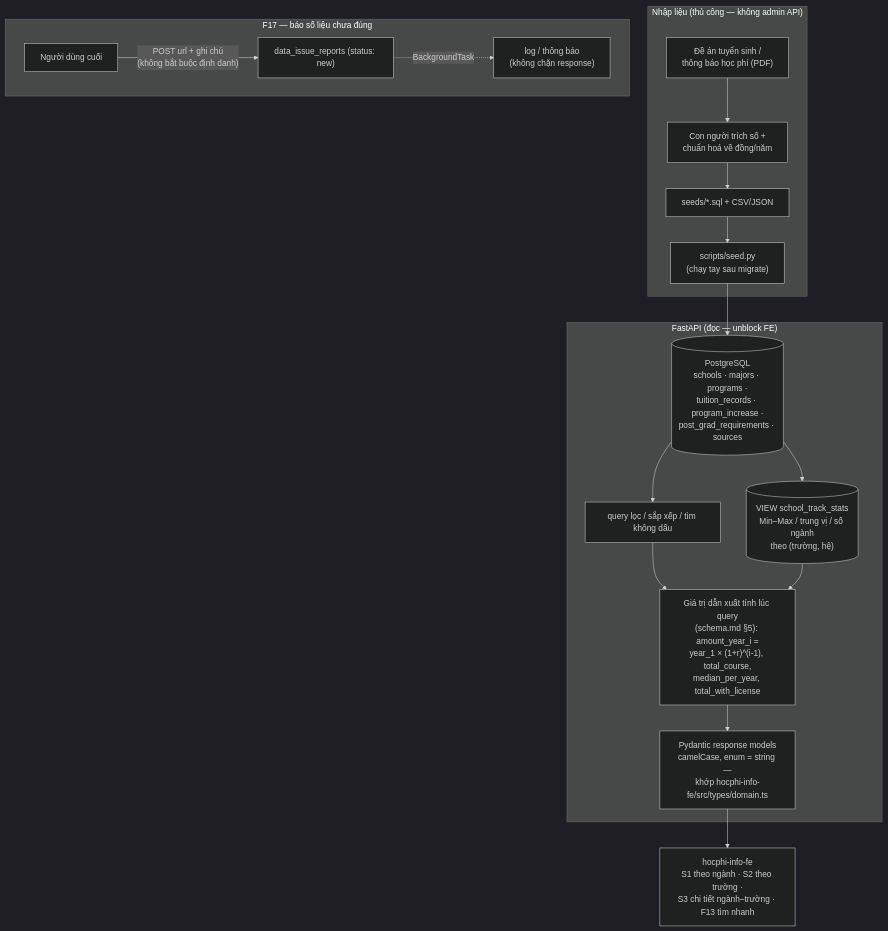
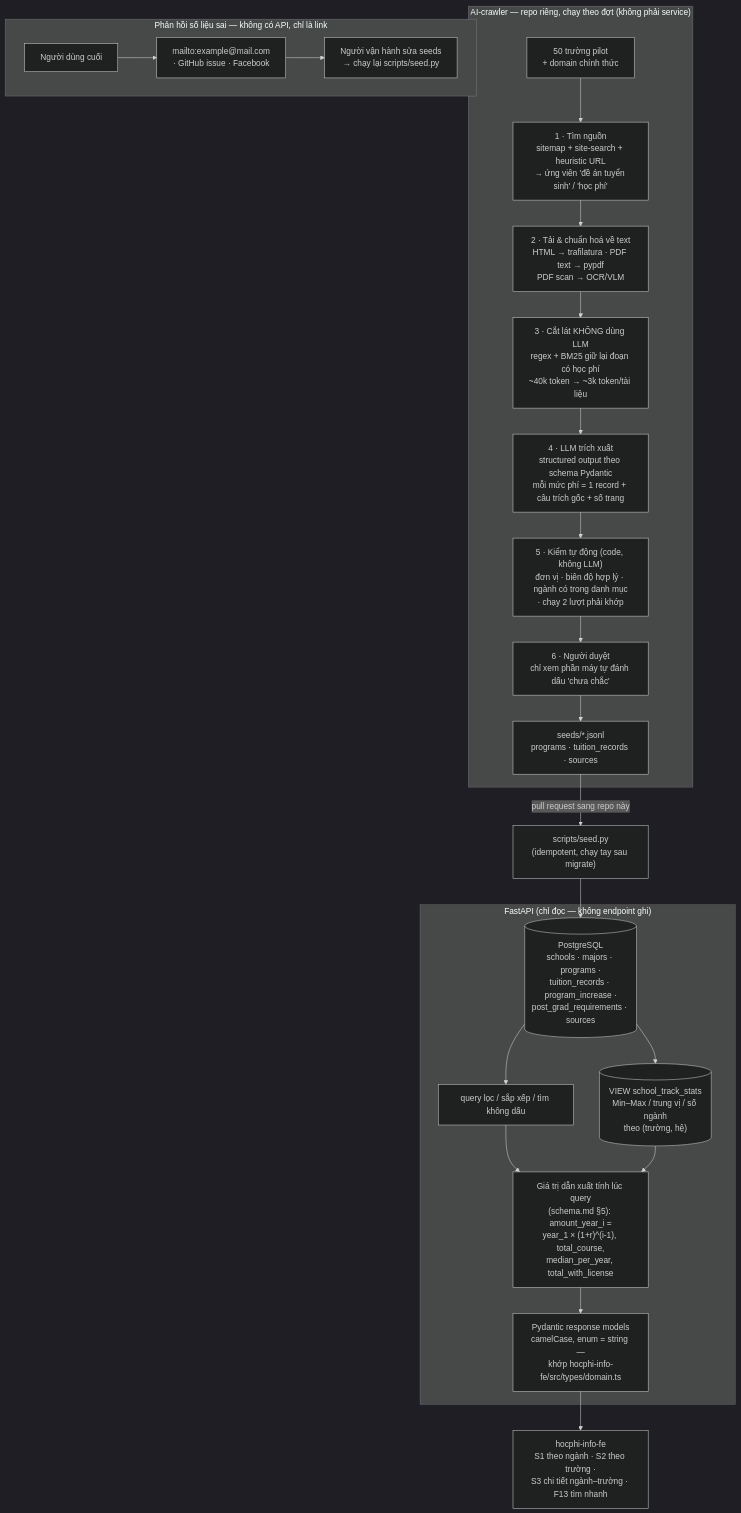
The first of 2 diagrams in README.md (hocphi-info/hocphi-info-be), drawn with Mermaid (dark theme) before and after one commit. The commit also changed other lines of this file and 21 other files, not shown here.

First line of the commit message:
feat(crawler): drop F17 reports, add AI-crawler skill + first tuition batch

````diff
--- a/README.md
+++ b/README.md
@@ -25,25 +28,30 @@
 ```mermaid
 flowchart TD
-    subgraph INGEST["Nhập liệu (thủ công — không admin API)"]
-        PDF["Đề án tuyển sinh /<br/>thông báo học phí (PDF)"] --> HUMAN["Con người trích số +<br/>chuẩn hoá về đồng/năm"]
-        HUMAN --> SQL["seeds/*.sql + CSV/JSON"]
-        SQL --> SEED["scripts/seed.py<br/>(chạy tay sau migrate)"]
+    subgraph CRAWL["AI-crawler — repo riêng, chạy theo đợt (không phải service)"]
+        LIST["50 trường pilot<br/>+ domain chính thức"] --> DISC["1 · Tìm nguồn<br/>sitemap + site-search + heuristic URL<br/>→ ứng viên 'đề án tuyển sinh' / 'học phí'"]
+        DISC --> FETCH["2 · Tải & chuẩn hoá về text<br/>HTML → trafilatura · PDF text → pypdf<br/>PDF scan → OCR/VLM"]
+        FETCH --> SLICE["3 · Cắt lát KHÔNG dùng LLM<br/>regex + BM25 giữ lại đoạn có học phí<br/>~40k token → ~3k token/tài liệu"]
+        SLICE --> LLM["4 · LLM trích xuất<br/>structured output theo schema Pydantic<br/>mỗi mức phí = 1 record + câu trích gốc + số trang"]
+        LLM --> CHECK["5 · Kiểm tự động (code, không LLM)<br/>đơn vị · biên độ hợp lý · ngành có trong danh mục<br/>· chạy 2 lượt phải khớp"]
+        CHECK --> REVIEW["6 · Người duyệt<br/>chỉ xem phần máy tự đánh dấu 'chưa chắc'"]
+        REVIEW --> OUT["seeds/*.jsonl<br/>programs · tuition_records · sources"]
     end
 
+    OUT -->|"pull request sang repo này"| SEED["scripts/seed.py<br/>(idempotent, chạy tay sau migrate)"]
     SEED --> DB[("PostgreSQL<br/>schools · majors · programs ·<br/>tuition_records · program_increase ·<br/>post_grad_requirements · sources")]
 
-    subgraph API["FastAPI (đọc — unblock FE)"]
+    subgraph API["FastAPI (chỉ đọc — không endpoint ghi)"]
         DB --> Q["query lọc / sắp xếp / tìm không dấu"]
         DB --> VIEW[("VIEW school_track_stats<br/>Min–Max / trung vị / số ngành<br/>theo (trường, hệ)")]
         Q --> DERIVE["Giá trị dẫn xuất tính lúc query<br/>(schema.md §5): amount_year_i =<br/>year_1 × (1+r)^(i-1), total_course,<br/>median_per_year, total_with_license"]
         VIEW --> DERIVE
         DERIVE --> RESP["Pydantic response models<br/>camelCase, enum = string —<br/>khớp hocphi-info-fe/src/types/domain.ts"]
     end
 
     RESP --> FE["hocphi-info-fe<br/>S1 theo ngành · S2 theo trường ·<br/>S3 chi tiết ngành–trường · F13 tìm nhanh"]
 
-    subgraph REPORT["F17 — báo số liệu chưa đúng"]
-        USER["Người dùng cuối"] -->|"POST url + ghi chú<br/>(không bắt buộc định danh)"| RB["data_issue_reports (status: new)"]
-        RB -.->|"BackgroundTask"| LOG["log / thông báo<br/>(không chặn response)"]
+    subgraph FB["Phản hồi số liệu sai — không có API, chỉ là link"]
+        USER["Người dùng cuối"] --> CH["mailto:example@mail.com<br/>· GitHub issue · Facebook"]
+        CH --> OWNER["Người vận hành sửa seeds<br/>→ chạy lại scripts/seed.py"]
     end
 ```
````
